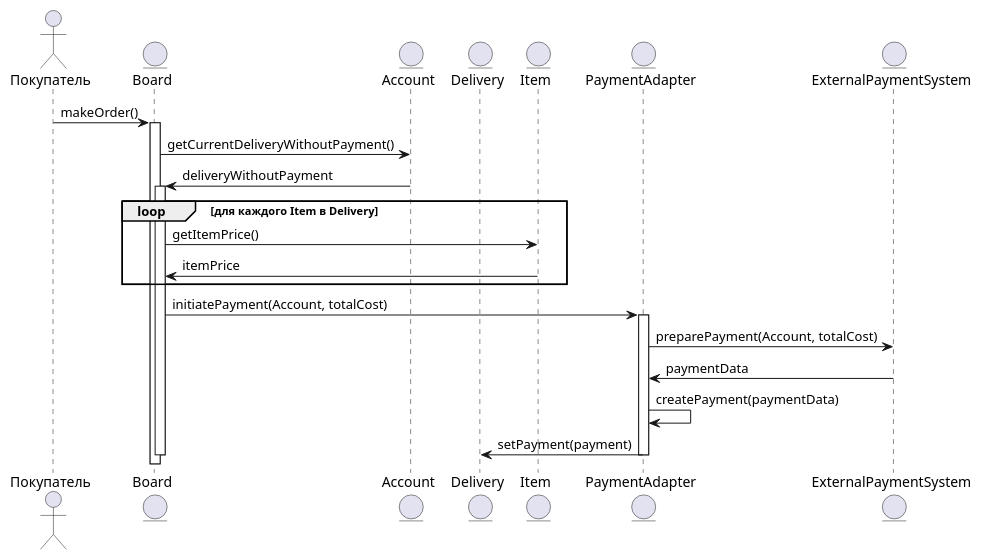
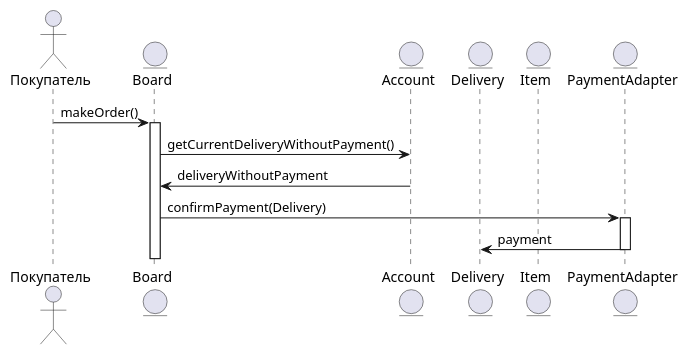
The diagram in Диаграмма последовательности Оформление заказа.md (penamarth/bsbo-01-22_team1_var13), drawn with PlantUML before and after one commit.

Commit message:
Update Диаграмма последовательности Оформление заказа.md

````diff
--- a/Диаграмма последовательности Оформление заказа.md
+++ b/Диаграмма последовательности Оформление заказа.md
@@ -1,39 +1,27 @@
 ```plantuml
 @startuml
 
 actor Покупатель
 entity Board
 entity Account
 entity Delivery
 entity Item
 entity PaymentAdapter
-entity ExternalPaymentSystem
 
 Покупатель -> Board : makeOrder()
 activate Board
 Board -> Account : getCurrentDeliveryWithoutPayment()
 Account -> Board : deliveryWithoutPayment
 deactivate Account
 
-activate Board
-loop для каждого Item в Delivery
-Board -> Item : getItemPrice()
-Item -> Board : itemPrice
-end
+Board -> PaymentAdapter : confirmPayment(Delivery)
 
-Board -> PaymentAdapter : initiatePayment(Account, totalCost)
 activate PaymentAdapter
 
-PaymentAdapter -> ExternalPaymentSystem : preparePayment(Account, totalCost)
-ExternalPaymentSystem -> PaymentAdapter : paymentData
-deactivate ExternalPaymentSystem
-
-PaymentAdapter -> PaymentAdapter : createPayment(paymentData)
-PaymentAdapter -> Delivery : setPayment(payment)
+PaymentAdapter -> Delivery : payment
 
 deactivate PaymentAdapter
 deactivate Delivery
-deactivate Board
 
 @enduml
 ```
````
